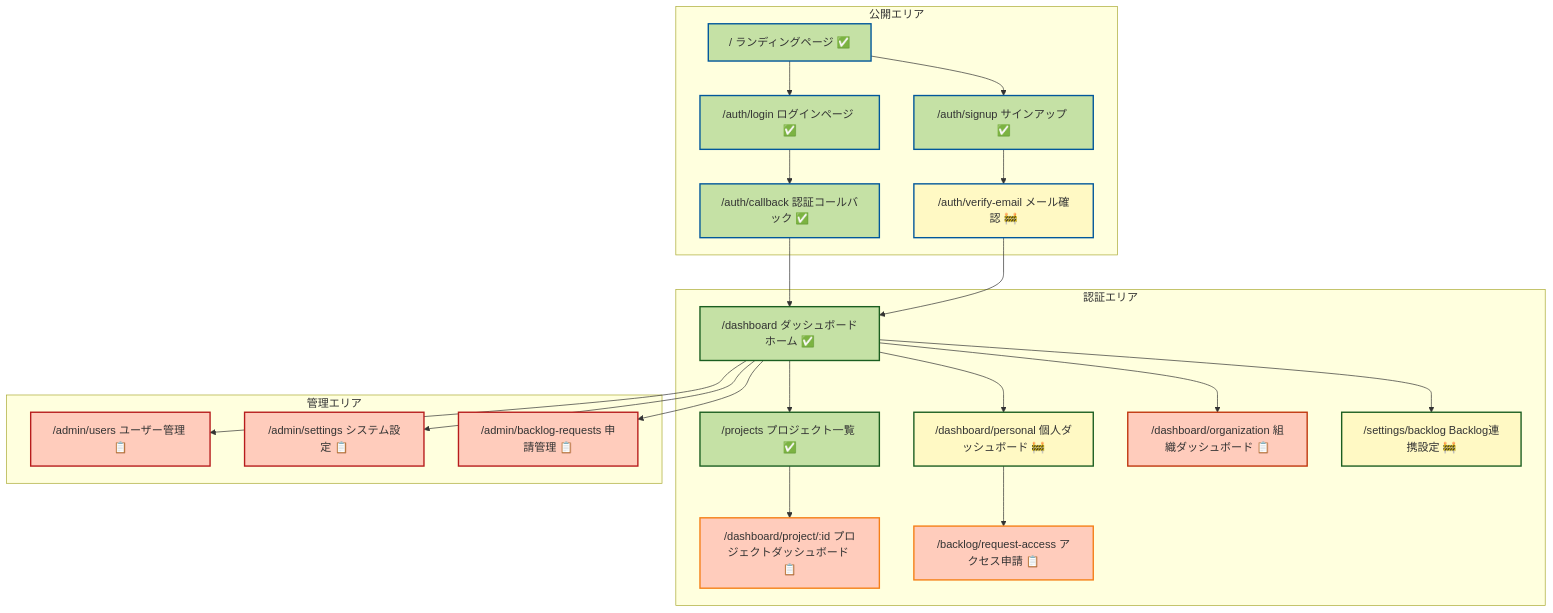
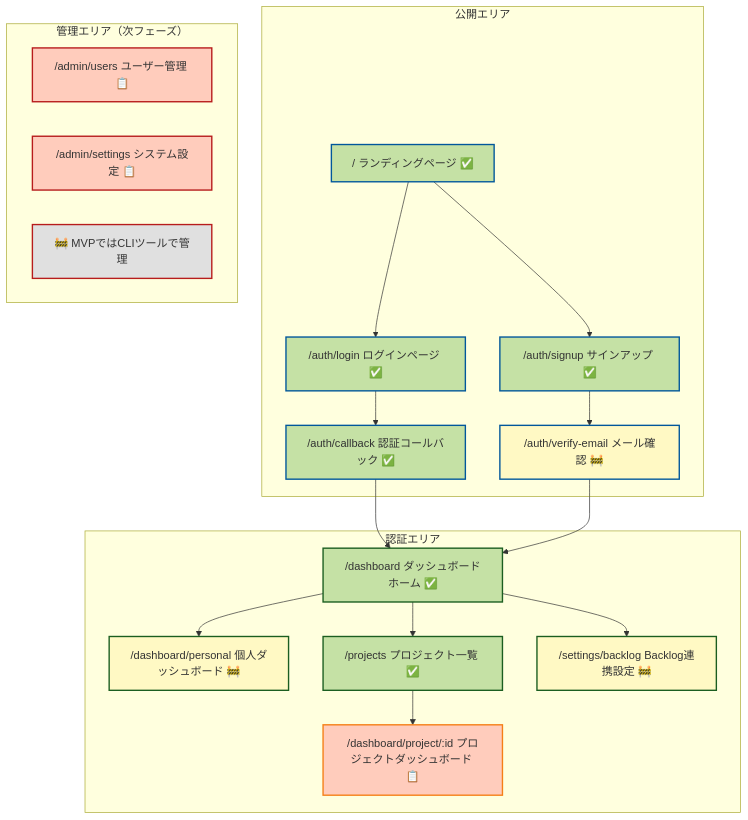
Before and after one commit to rasshii/team-insight: the seventh of 13 diagrams in Doc/mvp.md, drawn with Mermaid. The commit also changed other lines of this file and 64 other files, not shown here.

````diff
--- a/Doc/mvp.md
+++ b/Doc/mvp.md
@@ -326,58 +282,49 @@
 ```mermaid
 graph TD
     subgraph "公開エリア"
         A["/ ランディングページ ✅"]
         B["/auth/signup サインアップ ✅"]
         C["/auth/login ログインページ ✅"]
         D["/auth/callback 認証コールバック ✅"]
         E["/auth/verify-email メール確認 🚧"]
     end
 
     subgraph "認証エリア"
         F["/dashboard ダッシュボードホーム ✅"]
         G["/dashboard/personal 個人ダッシュボード 🚧"]
         H["/projects プロジェクト一覧 ✅"]
         I["/dashboard/project/:id プロジェクトダッシュボード 📋"]
-        J["/dashboard/organization 組織ダッシュボード 📋"]
-        K["/settings/backlog Backlog連携設定 🚧"]
-        L["/backlog/request-access アクセス申請 📋"]
+        J["/settings/backlog Backlog連携設定 🚧"]
     end
 
-    subgraph "管理エリア"
-        M["/admin/users ユーザー管理 📋"]
-        N["/admin/settings システム設定 📋"]
-        O["/admin/backlog-requests 申請管理 📋"]
+    subgraph "管理エリア（次フェーズ）"
+        K["/admin/users ユーザー管理 📋"]
+        L["/admin/settings システム設定 📋"]
+        M["🚧 MVPではCLIツールで管理"]
     end
 
     A --> B
     A --> C
     B --> E
     C --> D
     D --> F
     E --> F
     F --> G
     F --> H
-    F --> K
+    F --> J
     H --> I
-    F --> J
-    F --> M
-    F --> N
-    F --> O
-    G --> L
 
     style A fill:#c5e1a5,stroke:#01579b,stroke-width:2px
     style B fill:#c5e1a5,stroke:#01579b,stroke-width:2px
     style C fill:#c5e1a5,stroke:#01579b,stroke-width:2px
     style D fill:#c5e1a5,stroke:#01579b,stroke-width:2px
     style E fill:#fff9c4,stroke:#01579b,stroke-width:2px
     style F fill:#c5e1a5,stroke:#1b5e20,stroke-width:2px
     style G fill:#fff9c4,stroke:#1b5e20,stroke-width:2px
     style H fill:#c5e1a5,stroke:#1b5e20,stroke-width:2px
-    style K fill:#fff9c4,stroke:#1b5e20,stroke-width:2px
-    style L fill:#ffccbc,stroke:#f57f17,stroke-width:2px
+    style J fill:#fff9c4,stroke:#1b5e20,stroke-width:2px
     style I fill:#ffccbc,stroke:#f57f17,stroke-width:2px
-    style J fill:#ffccbc,stroke:#bf360c,stroke-width:2px
-    style M fill:#ffccbc,stroke:#b71c1c,stroke-width:2px
-    style N fill:#ffccbc,stroke:#b71c1c,stroke-width:2px
-    style O fill:#ffccbc,stroke:#b71c1c,stroke-width:2px
+    style K fill:#ffccbc,stroke:#b71c1c,stroke-width:2px
+    style L fill:#ffccbc,stroke:#b71c1c,stroke-width:2px
+    style M fill:#e0e0e0,stroke:#b71c1c,stroke-width:2px
 ```
````
